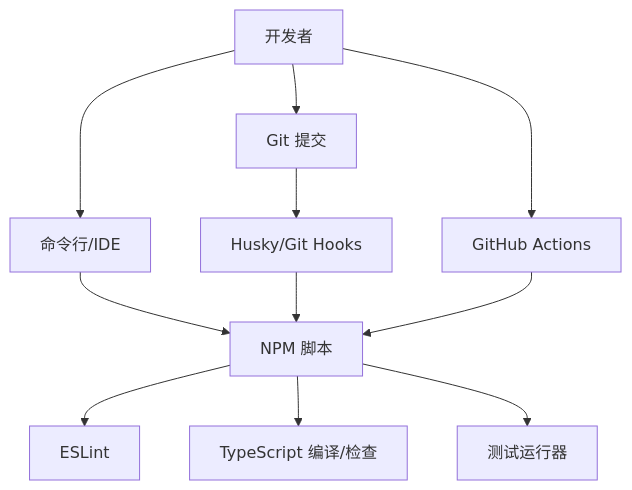
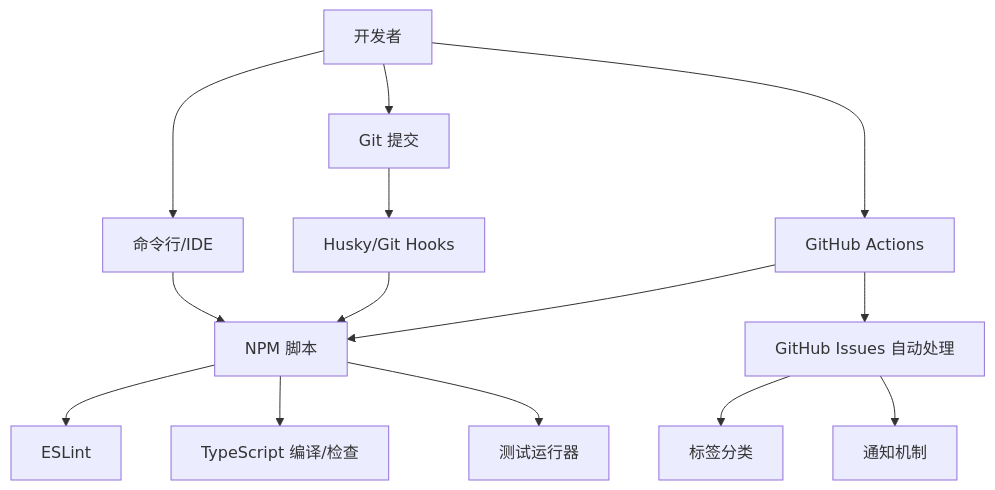
Before and after one commit to astordu/prompt_gogo: the second of 4 diagrams in .qoder/repowiki/zh/content/开发环境搭建.md, drawn with Mermaid. The commit also changed other lines of this file and 47 other files, not shown here.

````diff
--- a/.qoder/repowiki/zh/content/开发环境搭建.md
+++ b/.qoder/repowiki/zh/content/开发环境搭建.md
@@ -95,13 +110,16 @@
 ```mermaid
 graph TB
 Dev["开发者"] --> CLI["命令行/IDE"]
 CLI --> Scripts["NPM 脚本"]
 Scripts --> Lint["ESLint"]
 Scripts --> TS["TypeScript 编译/检查"]
 Scripts --> Test["测试运行器"]
 Dev --> Git["Git 提交"]
 Git --> Hooks["Husky/Git Hooks"]
 Hooks --> Scripts
 Dev --> CI["GitHub Actions"]
 CI --> Scripts
+CI --> Issues["GitHub Issues 自动处理"]
+Issues --> Labels["标签分类"]
+Issues --> Notifications["通知机制"]
 ```
````
